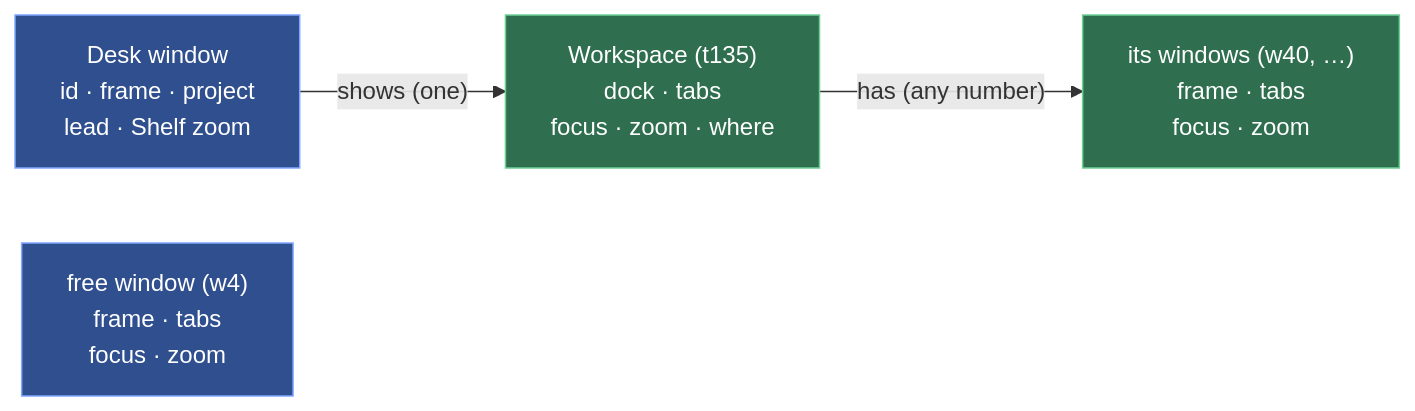
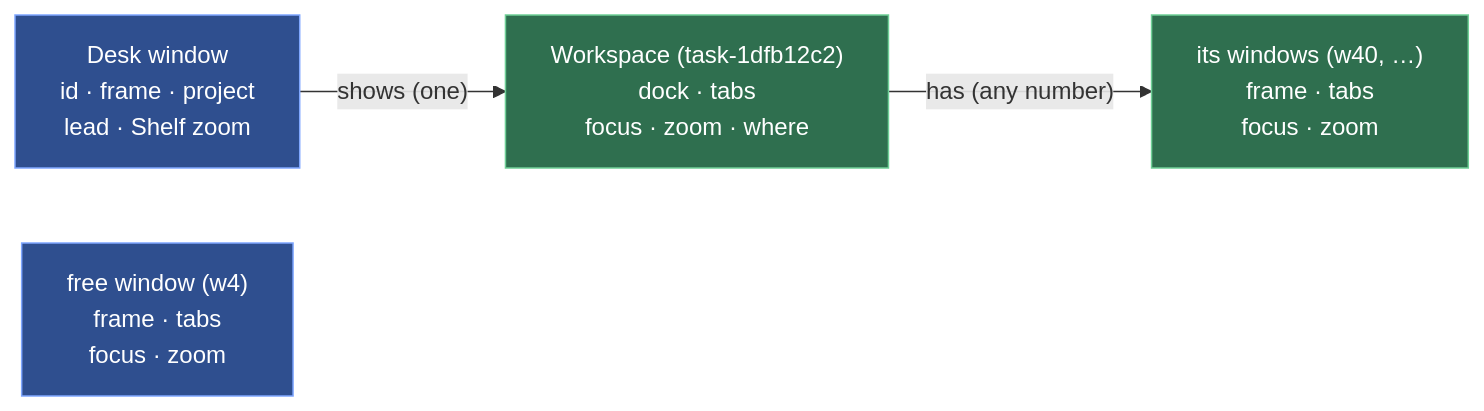
Before and after one commit to jemdiggity/kanna-v4: the first of 4 diagrams in docs/specs/workspaces.md, drawn with Mermaid. The commit also changed other lines of this file and 9 other files, not shown here.

````diff
--- a/docs/specs/workspaces.md
+++ b/docs/specs/workspaces.md
@@ -22,13 +22,13 @@
 ```mermaid
 flowchart LR
     DW["Desk window<br/>id · frame · project<br/>lead · Shelf zoom"]
-    WS["Workspace (t135)<br/>dock · tabs<br/>focus · zoom · where"]
+    WS["Workspace (task-1dfb12c2)<br/>dock · tabs<br/>focus · zoom · where"]
     OW["its windows (w40, …)<br/>frame · tabs<br/>focus · zoom"]
     FW["free window (w4)<br/>frame · tabs<br/>focus · zoom"]
     DW -->|"shows (one)"| WS
     WS -->|"has (any number)"| OW
     classDef ours fill:#2f6f4f,stroke:#6fcf97,color:#ffffff
     classDef plain fill:#2f4f8f,stroke:#7fa7ff,color:#ffffff
     class WS,OW ours
     class DW,FW plain
 ```
````
